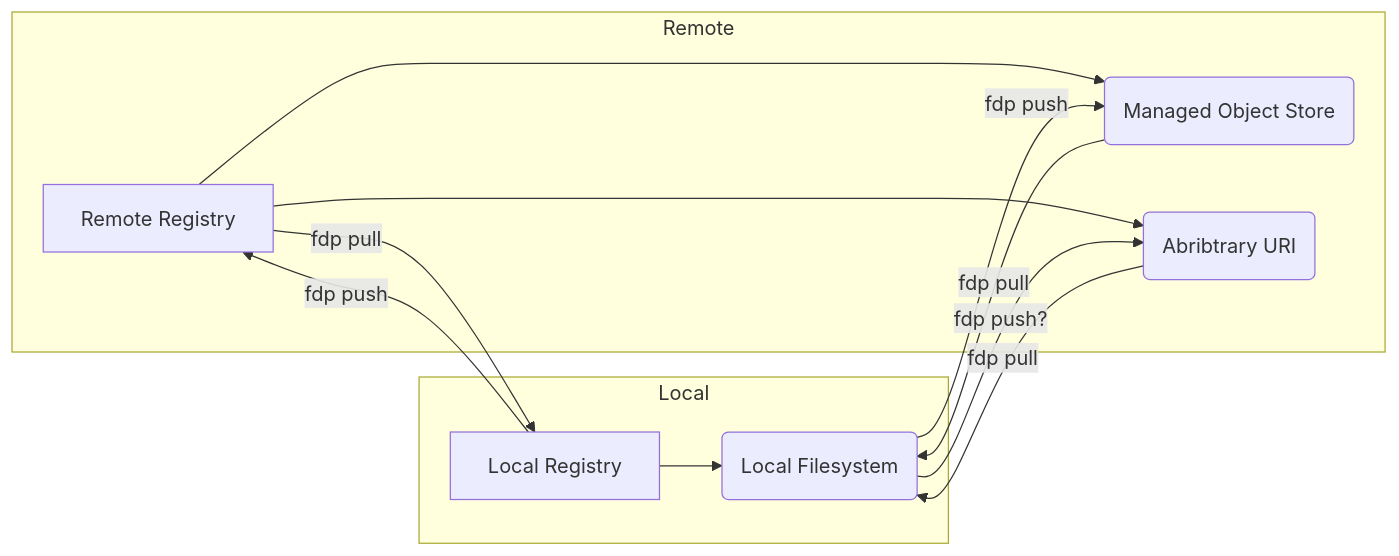
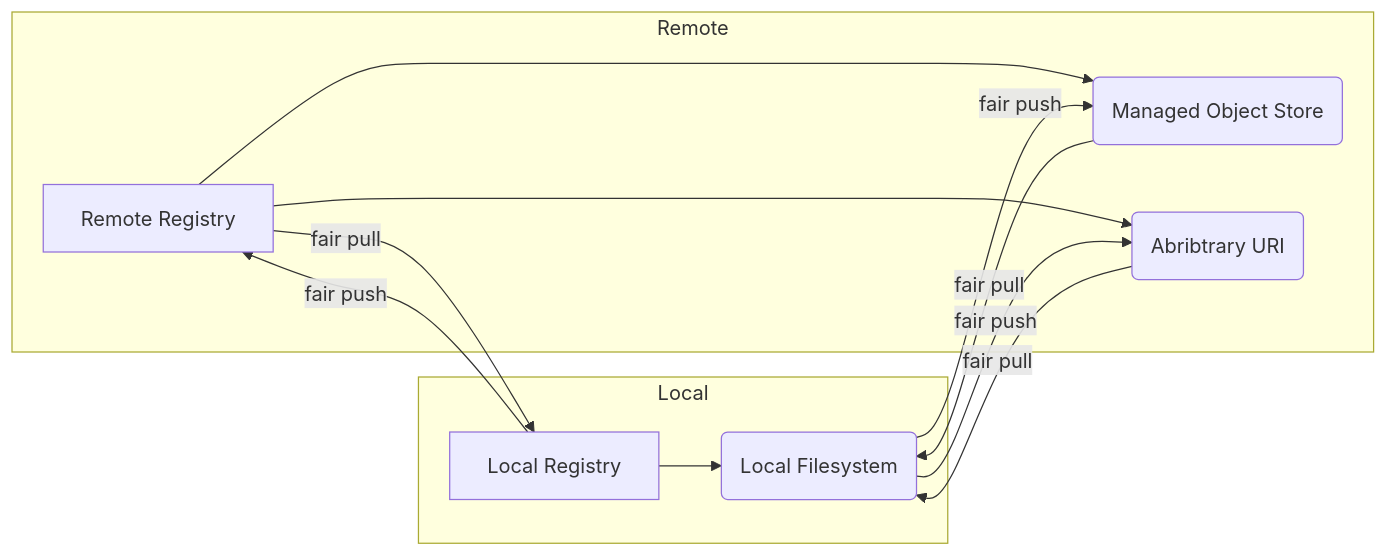
One commit to FAIRDataPipeline/hugo_source_files changed the second of 2 diagrams in content/_index.md. Above: the diagram before and after it, drawn with Mermaid. The commit also changed other lines of this file, not shown here.

Commit message:
Update cli name to fair

```diff
--- a/content/_index.md
+++ b/content/_index.md
@@ -56,25 +54,25 @@
 {{<mermaid align="left">}}
 graph LR;
     subgraph Remote
         RR
         OS
         URI
     end
     subgraph Local
         LR
         FS
     end
 
-    RR[Remote Registry]-->|fdp pull| LR[Local Registry]
-    LR-->|fdp push| RR
+    RR[Remote Registry]-->|fair pull| LR[Local Registry]
+    LR-->|fair push| RR
 
     RR-->OS(Managed Object Store)
     RR-->URI(Abribtrary URI)
     LR-->FS(Local Filesystem)
 
-    OS-->|fdp pull| FS
-    URI-->|fdp pull| FS
-    FS-->|fdp push| OS
-    FS-->|fdp push?| URI
+    OS-->|fair pull| FS
+    URI-->|fair pull| FS
+    FS-->|fair push| OS
+    FS-->|fair push| URI
 
 {{< /mermaid >}}
```
